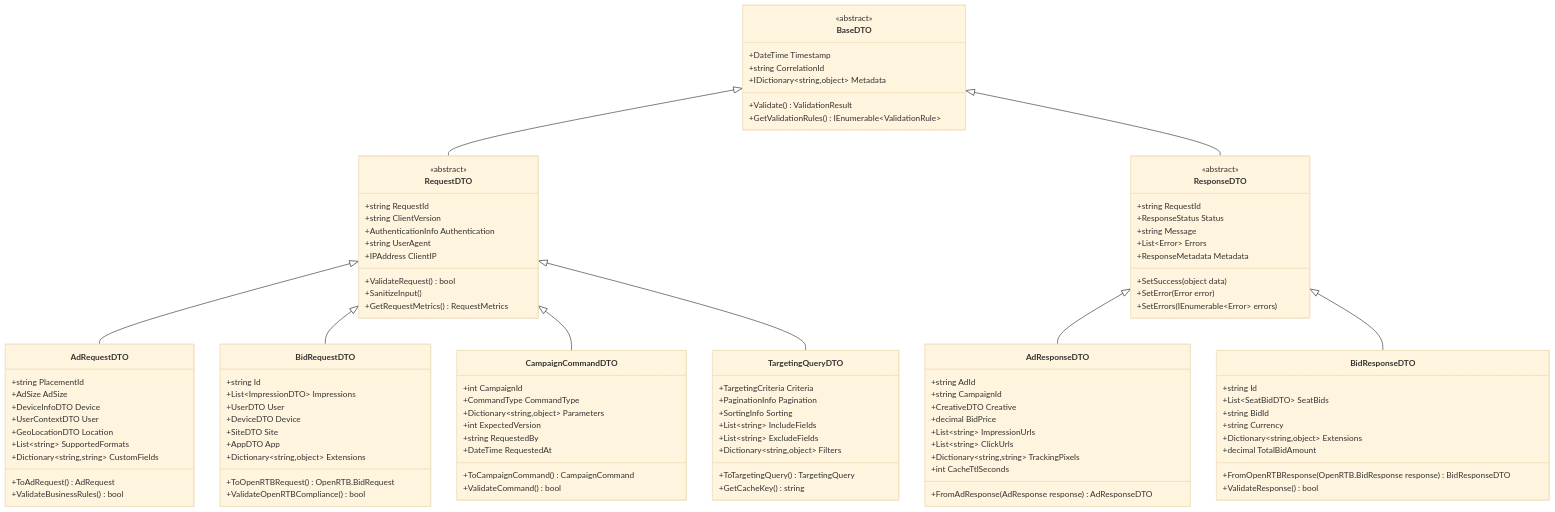
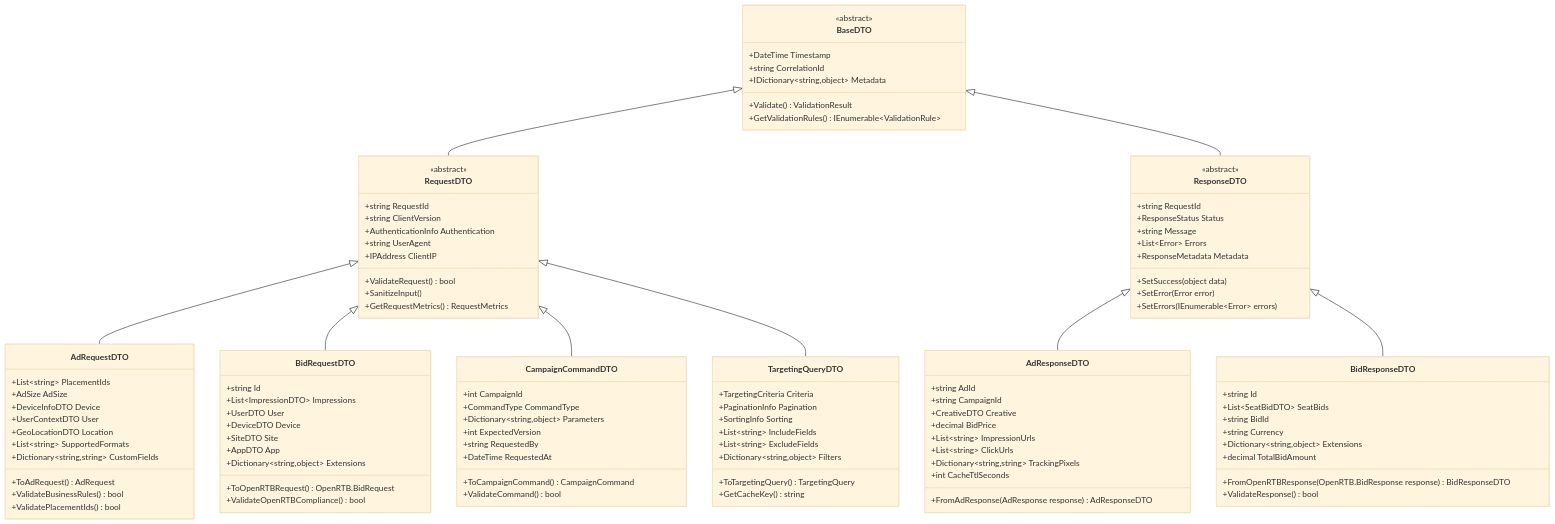
The fifth of 9 diagrams in docs_TecDesign/广告投放引擎/数据模型分层设计.md (lornshrimp/Lorn.ADSP), drawn with Mermaid (base theme) before and after one commit. The commit also changed other lines of this file and 15 other files, not shown here.

```diff
--- a/docs_TecDesign/广告投放引擎/数据模型分层设计.md
+++ b/docs_TecDesign/广告投放引擎/数据模型分层设计.md
@@ -657,7 +731,7 @@
     }
     
     class AdRequestDTO {
-        +string PlacementId
+        +List~string~ PlacementIds
         +AdSize AdSize
         +DeviceInfoDTO Device
         +UserContextDTO User
@@ -666,6 +740,7 @@
         +Dictionary~string,string~ CustomFields
         +ToAdRequest() AdRequest
         +ValidateBusinessRules() bool
+        +ValidatePlacementIds() bool
     }
     
     class AdResponseDTO {
```
